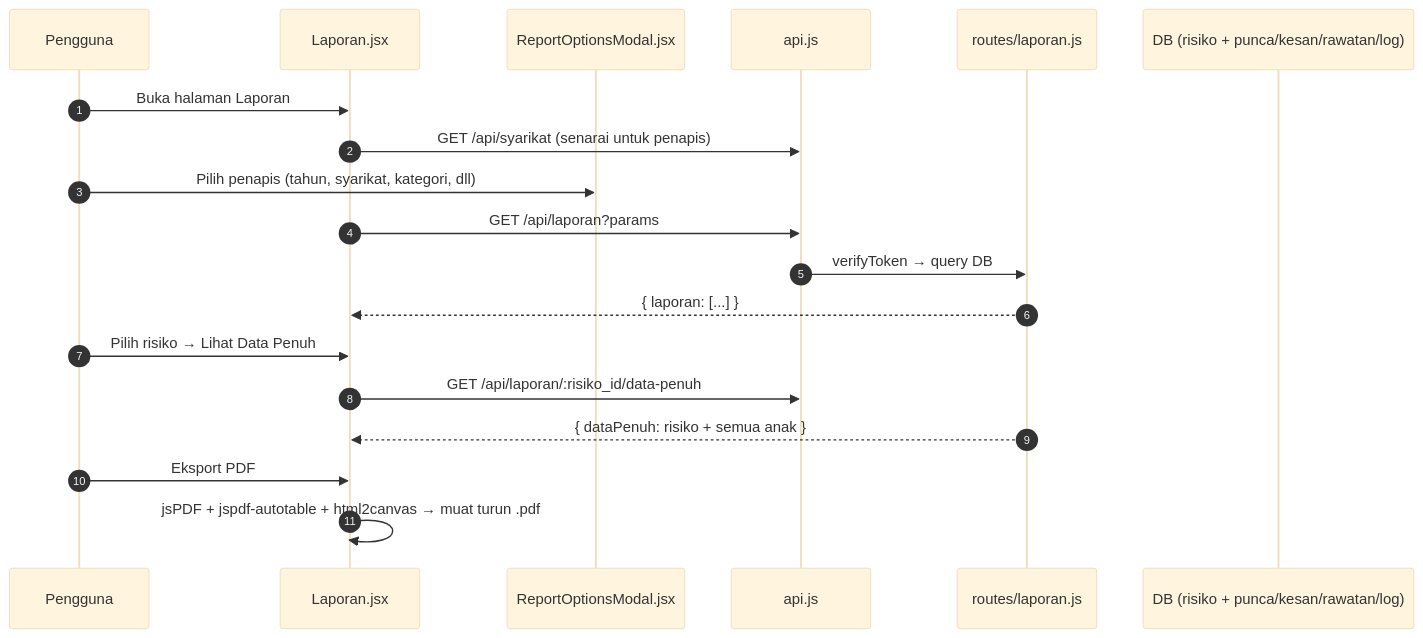
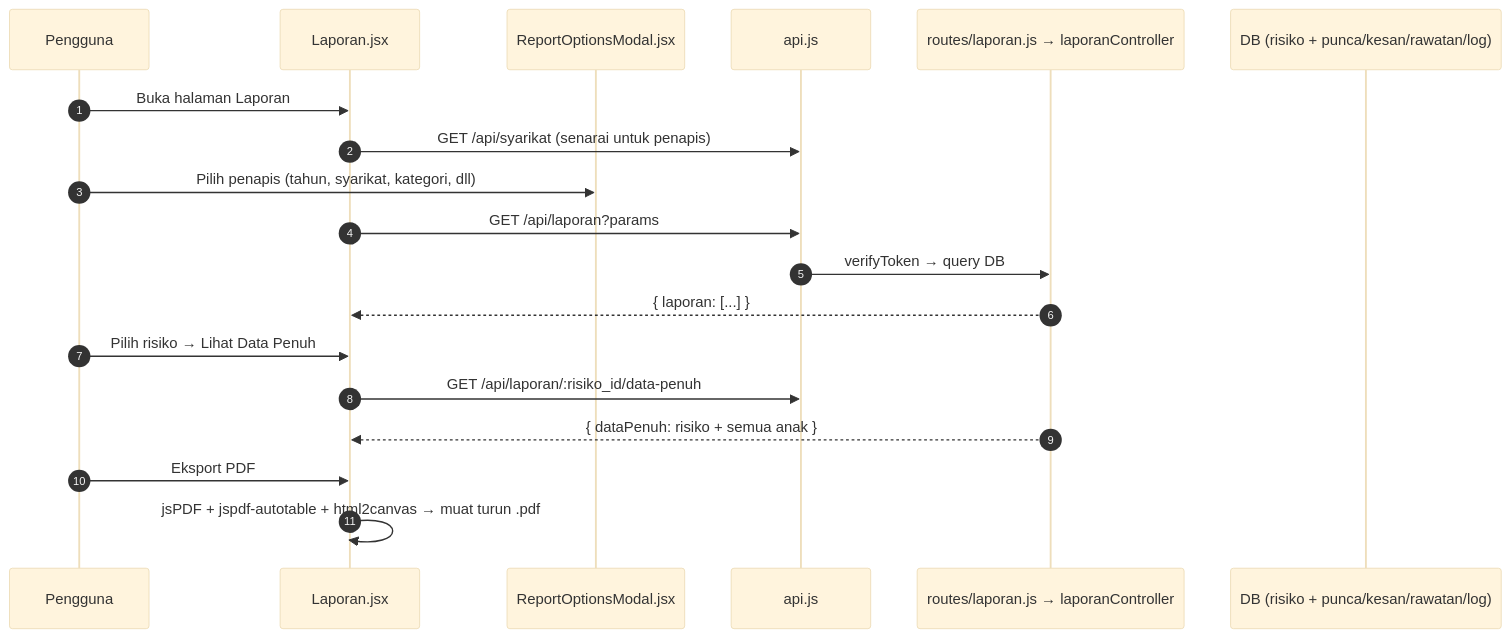
The diagram in docs/pipeline/06-laporan.md (aimaniss/RiskManagementSystem), drawn with Mermaid (base theme) before and after one commit. The commit also changed other lines of this file and 35 other files, not shown here.

````diff
--- a/docs/pipeline/06-laporan.md
+++ b/docs/pipeline/06-laporan.md
@@ -10,22 +10,22 @@
 ```mermaid
 sequenceDiagram
   autonumber
   participant U as Pengguna
   participant L as Laporan.jsx
   participant O as ReportOptionsModal.jsx
   participant A as api.js
-  participant B as routes/laporan.js
+  participant B as routes/laporan.js → laporanController
   participant DB as DB (risiko + punca/kesan/rawatan/log)
 
   U->>L: Buka halaman Laporan
   L->>A: GET /api/syarikat (senarai untuk penapis)
   U->>O: Pilih penapis (tahun, syarikat, kategori, dll)
   L->>A: GET /api/laporan?params
   A->>B: verifyToken → query DB
   B-->>L: { laporan: [...] }
   U->>L: Pilih risiko → Lihat Data Penuh
   L->>A: GET /api/laporan/:risiko_id/data-penuh
   B-->>L: { dataPenuh: risiko + semua anak }
   U->>L: Eksport PDF
   L->>L: jsPDF + jspdf-autotable + html2canvas → muat turun .pdf
 ```
````
